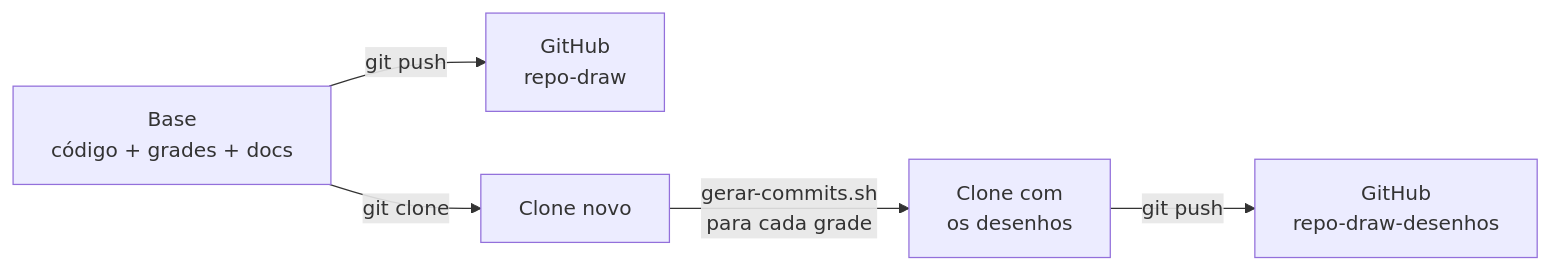
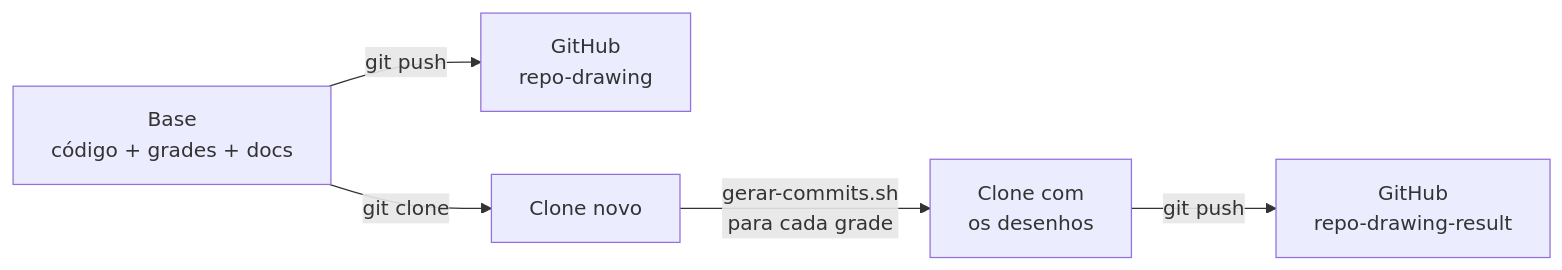
Before and after one commit to cj-2/repo-drawing: the second of 2 diagrams in docs/01-visao-geral.md, drawn with Mermaid. The commit also changed other lines of this file and 5 other files, not shown here.

First line of the commit message:
Renomeia os repositórios para repo-drawing e repo-drawing-result

````diff
--- a/docs/01-visao-geral.md
+++ b/docs/01-visao-geral.md
@@ -72,7 +72,7 @@
 ```mermaid
 flowchart LR
-    B["Base<br>código + grades + docs"] -->|git push| R["GitHub<br>repo-draw"]
+    B["Base<br>código + grades + docs"] -->|git push| R["GitHub<br>repo-drawing"]
     B -->|git clone| C["Clone novo"]
     C -->|gerar-commits.sh<br>para cada grade| D["Clone com<br>os desenhos"]
-    D -->|git push| G["GitHub<br>repo-draw-desenhos"]
+    D -->|git push| G["GitHub<br>repo-drawing-result"]
 ```
````
